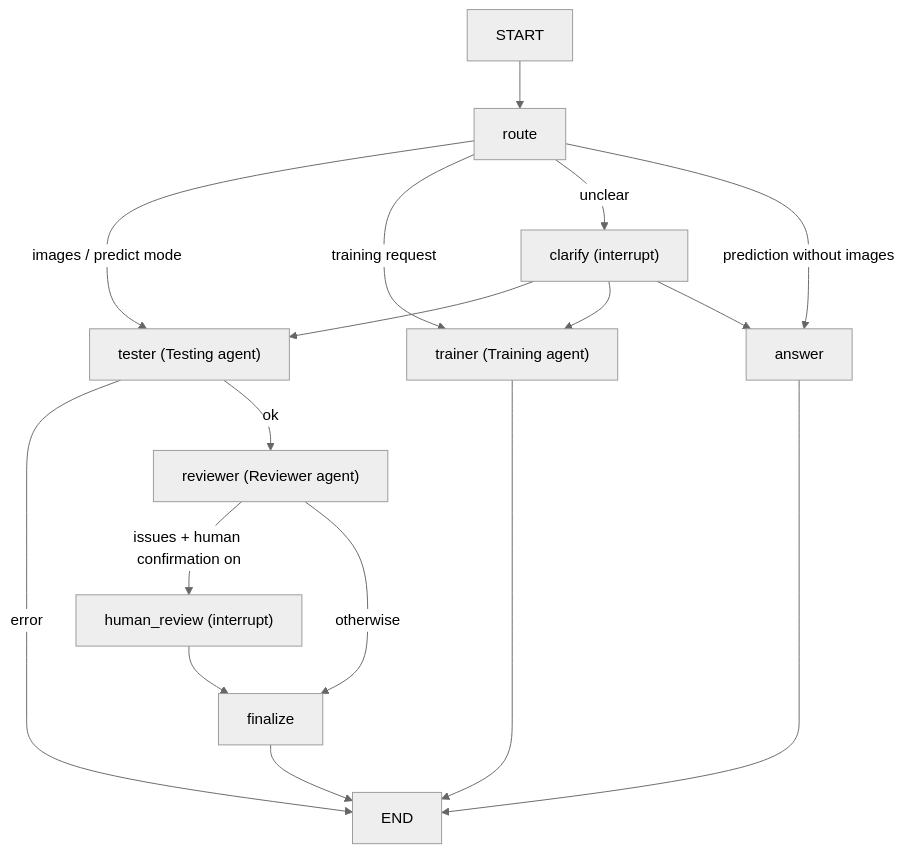
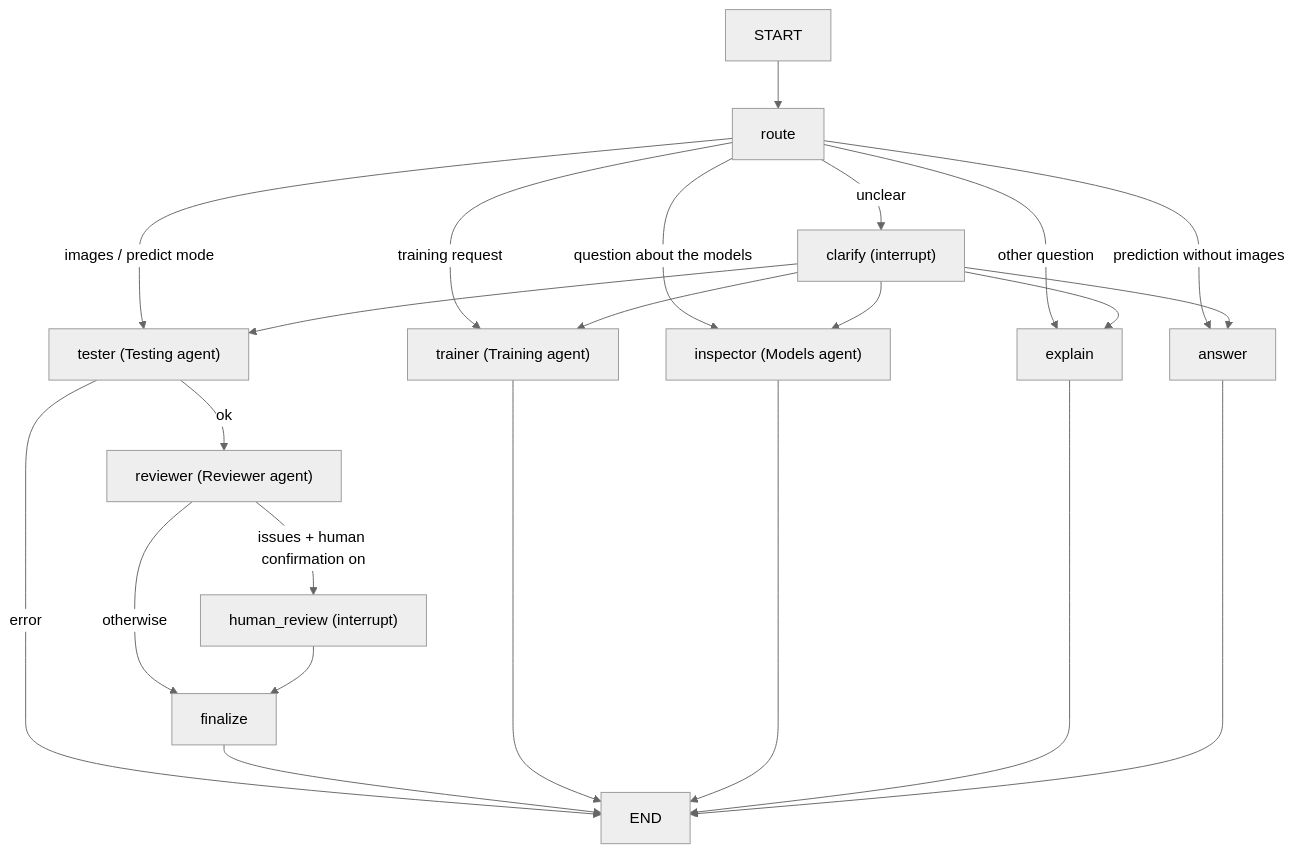
Before and after one commit to EmanueleDamiano/DermaMNIST-agentic_project: the second of 3 diagrams in project_proposal.md, drawn with Mermaid (neutral theme). The commit also changed other lines of this file and 363 other files, not shown here.

First line of the commit message:
DermaAgent-2: restructured project with the Models agent

````diff
--- a/project_proposal.md
+++ b/project_proposal.md
@@ -173,16 +175,20 @@
 ```mermaid
 graph TD
   START --> route
   route -- "images / predict mode" --> tester["tester (Testing agent)"]
   route -- "training request" --> trainer["trainer (Training agent)"]
+  route -- "question about the models" --> inspector["inspector (Models agent)"]
+  route -- "other question" --> explain
   route -- "unclear" --> clarify["clarify (interrupt)"]
   route -- "prediction without images" --> answer
-  clarify --> tester & trainer & answer
+  clarify --> tester & trainer & inspector & explain & answer
   tester -- error --> END
   tester -- ok --> reviewer["reviewer (Reviewer agent)"]
   reviewer -- "issues + human confirmation on" --> human_review["human_review (interrupt)"]
   reviewer -- otherwise --> finalize
   human_review --> finalize --> END
   trainer --> END
+  inspector --> END
+  explain --> END
   answer --> END
 ```
````
